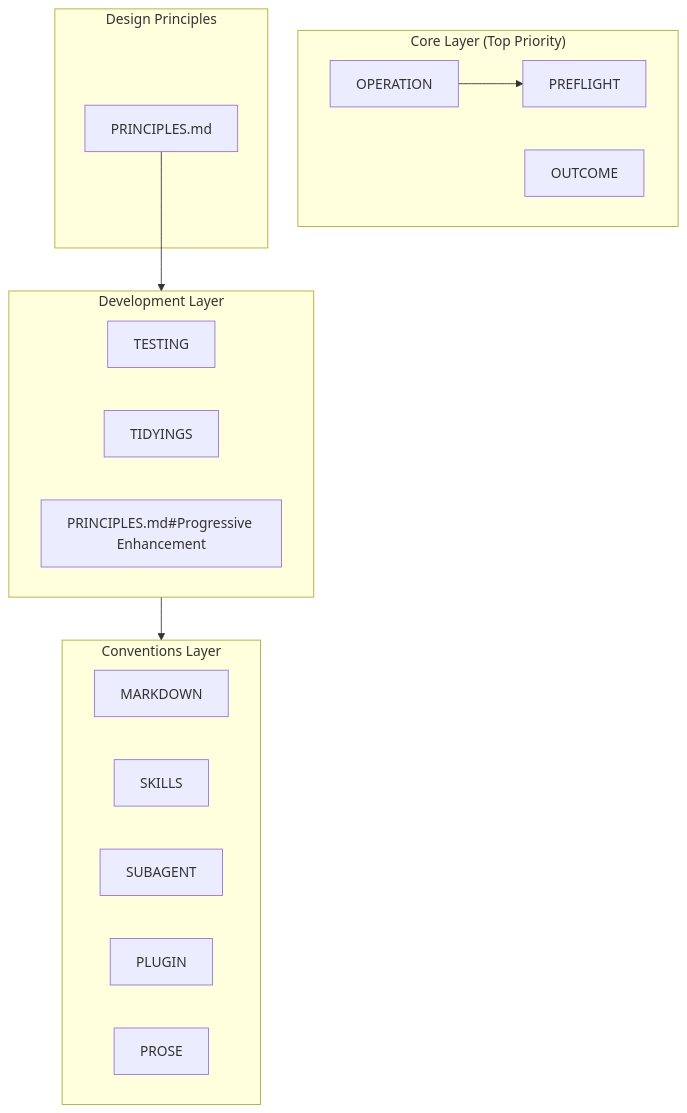
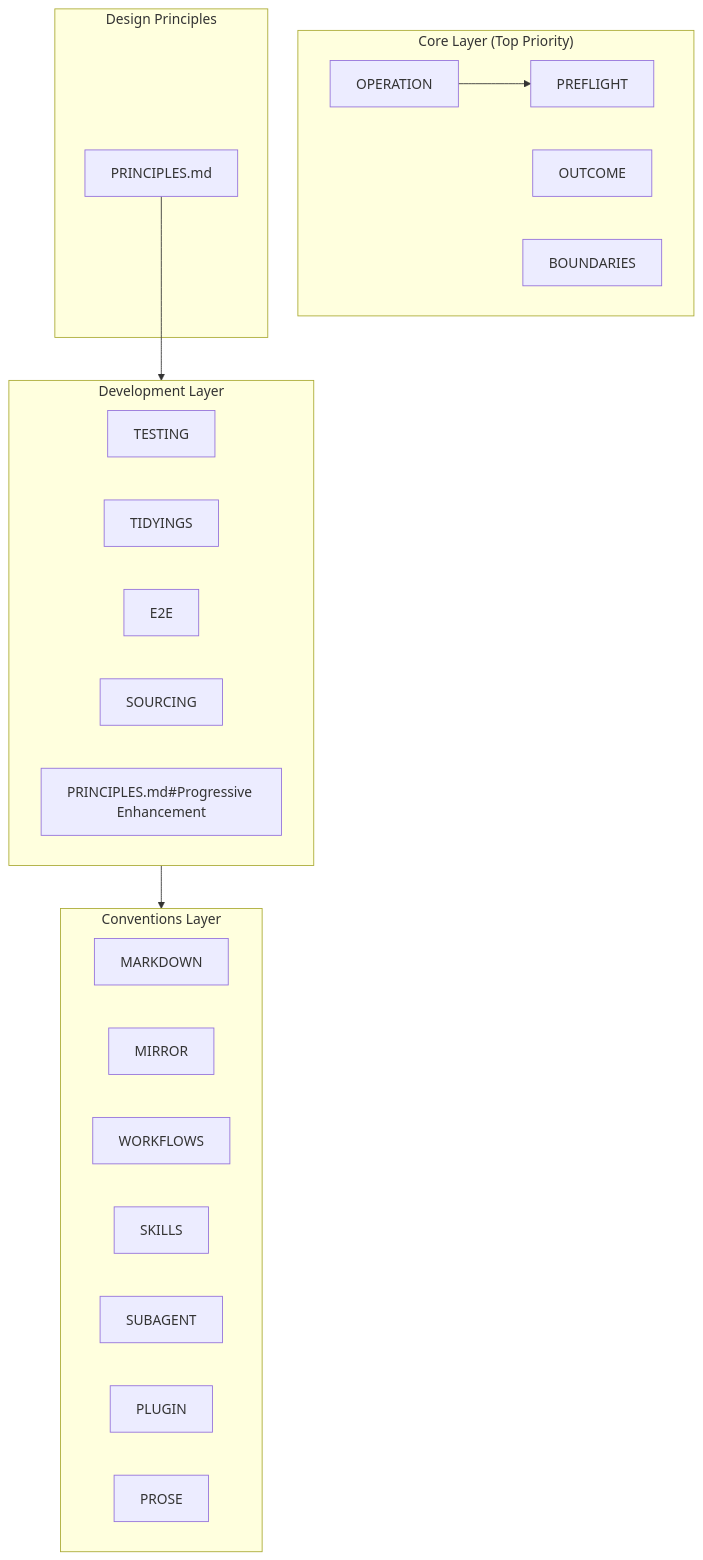
The first of 2 diagrams in .ja/docs/DESIGN.md (thkt/claude-config), drawn with Mermaid before and after one commit. The commit also changed other lines of this file and 24 other files, not shown here.

````diff
--- a/.ja/docs/DESIGN.md
+++ b/.ja/docs/DESIGN.md
@@ -9,30 +9,35 @@
 ```mermaid
 graph TD
     subgraph Core["Core Layer (Top Priority)"]
         OPS[OPERATION]
         PFL[PREFLIGHT]
         OUT[OUTCOME]
+        BND[BOUNDARIES]
     end
 
     subgraph Principles["Design Principles"]
         P[PRINCIPLES.md]
     end
 
     subgraph Development["Development Layer"]
         TEST[TESTING]
         TIDY[TIDYINGS]
+        E2E[E2E]
+        SRC[SOURCING]
         PROG[PRINCIPLES.md#Progressive Enhancement]
     end
 
     subgraph Conventions["Conventions Layer"]
         MD[MARKDOWN]
+        MIR[MIRROR]
+        WF[WORKFLOWS]
         SKILL[SKILLS]
         SUB[SUBAGENT]
         PLUG[PLUGIN]
         PROSE[PROSE]
     end
 
     OPS --> PFL
     P --> Development
     Development --> Conventions
 ```
````
